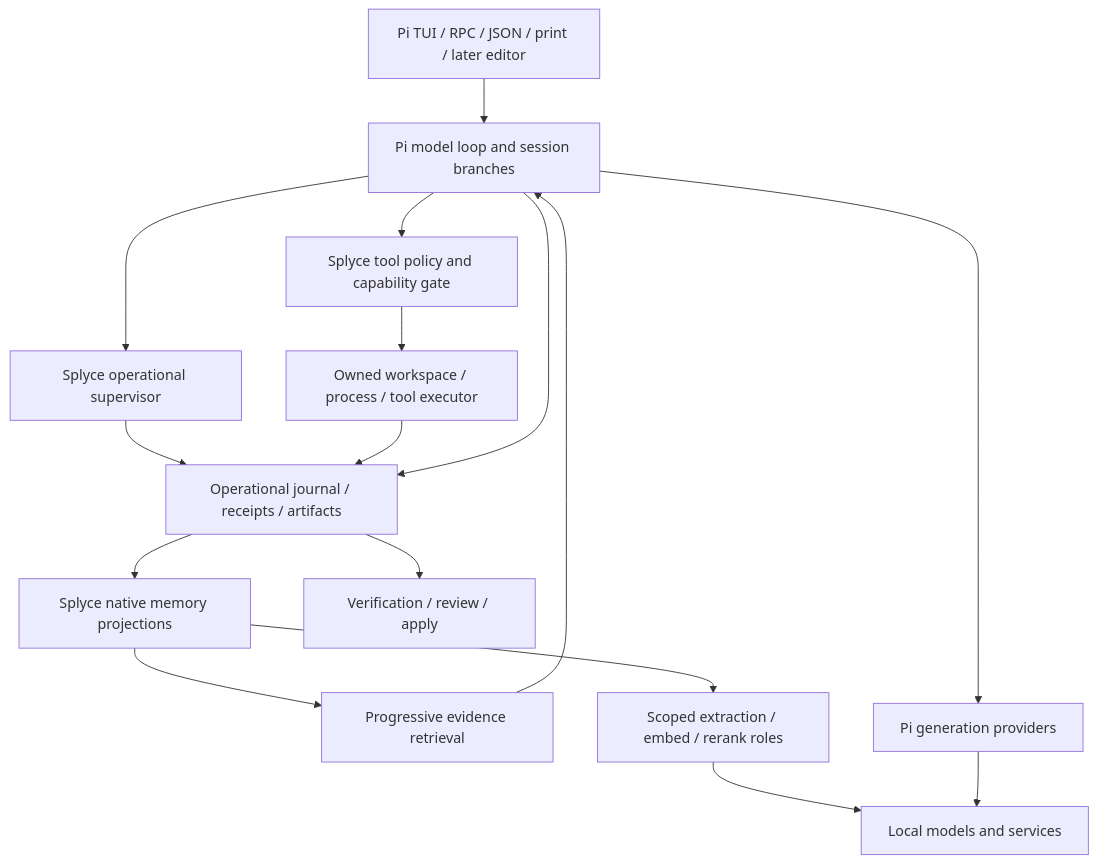
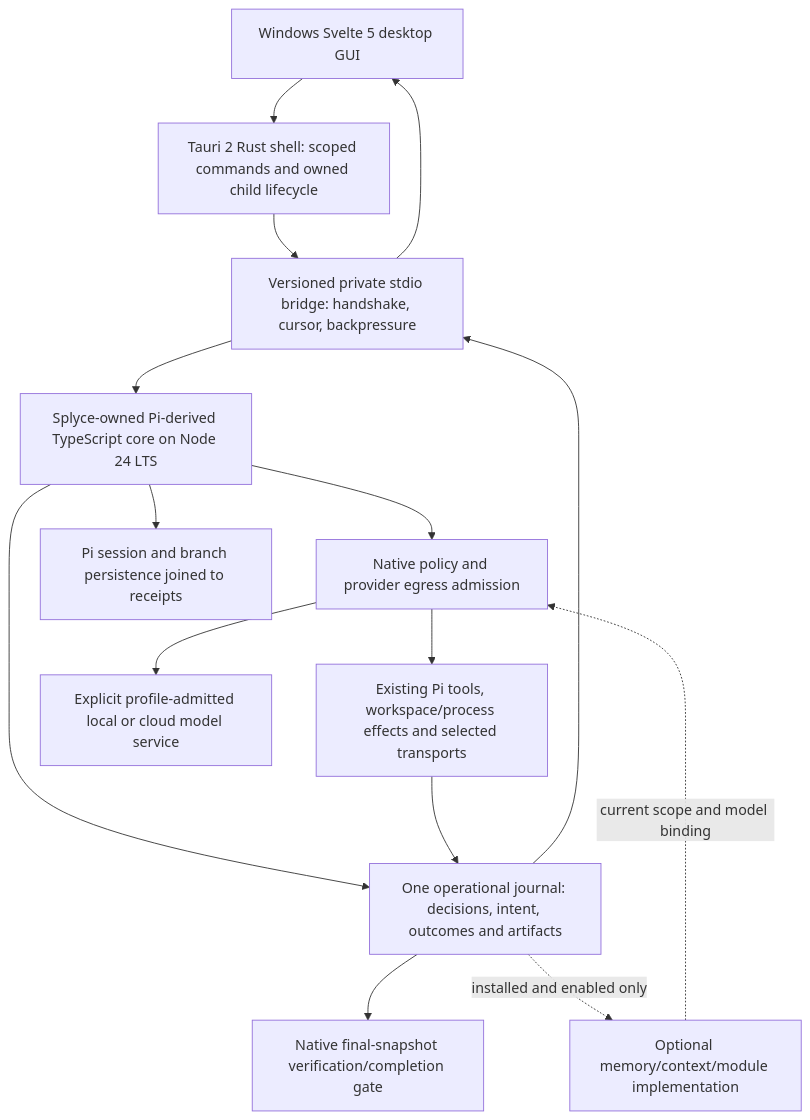
Before and after one commit to OctoKon/Octo-Harness: the diagram in MASTER-PLAN.md, drawn with Mermaid. The commit also changed other lines of this file and 60 other files, not shown here.

Commit message:
docs: map Windows desktop research and nine-person delivery

````diff
--- a/MASTER-PLAN.md
+++ b/MASTER-PLAN.md
@@ -31,18 +78,17 @@
 ```mermaid
 flowchart TB
-    C[Pi TUI / RPC / JSON / print / later editor] --> H[Pi model loop and session branches]
-    H --> P[Splyce tool policy and capability gate]
-    H --> S[Splyce operational supervisor]
-    P --> X[Owned workspace / process / tool executor]
-    S --> J[Operational journal / receipts / artifacts]
+    UI[Windows Svelte 5 desktop GUI] --> SH[Tauri 2 Rust shell: scoped commands and owned child lifecycle]
+    SH --> IPC[Versioned private stdio bridge: handshake, cursor, backpressure]
+    IPC --> H[Splyce-owned Pi-derived TypeScript core on Node 24 LTS]
+    H --> P[Native policy and provider egress admission]
+    P --> X[Existing Pi tools, workspace/process effects and selected transports]
+    H --> J[One operational journal: decisions, intent, outcomes and artifacts]
     X --> J
-    H --> J
-    J --> M[Splyce native memory projections]
-    M --> R[Progressive evidence retrieval]
-    R --> H
-    H --> A[Pi generation providers]
-    M --> Q[Scoped extraction / embed / rerank roles]
-    Q --> L
-    A --> L[Local models and services]
-    J --> V[Verification / review / apply]
+    H --> S[Pi session and branch persistence joined to receipts]
+    J --> V[Native final-snapshot verification/completion gate]
+    J -. installed and enabled only .-> M[Optional memory/context/module implementation]
+    M -. current scope and model binding .-> P
+    P --> A[Explicit profile-admitted local or cloud model service]
+    J --> IPC
+    IPC --> UI
 ```
````
